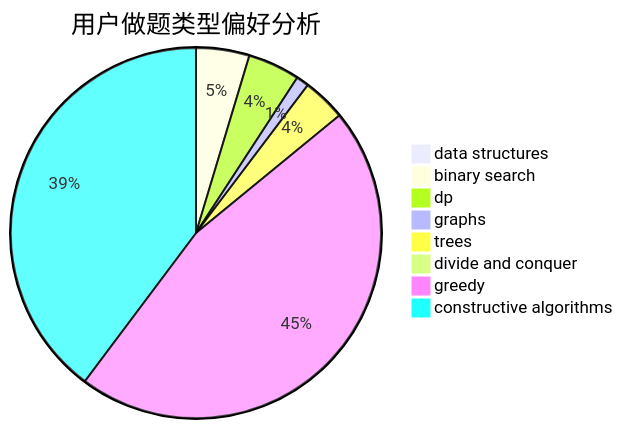
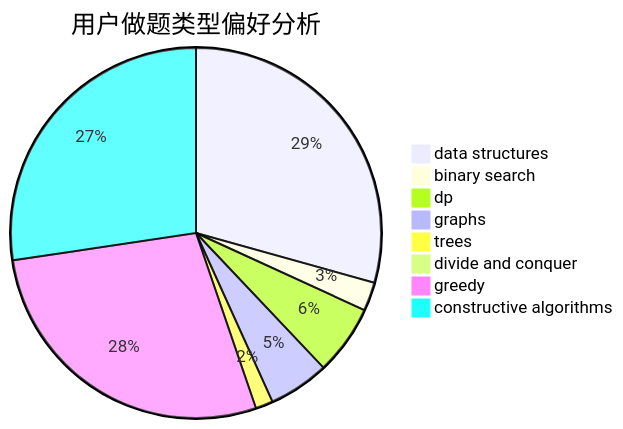
The second of 3 diagrams in docs/user/u2164.md (sherpahu/cfrs.github.io), drawn with Mermaid before and after one commit. The commit also changed other lines of this file and 2770 other files, not shown here.

````diff
--- a/docs/user/u2164.md
+++ b/docs/user/u2164.md
@@ -23,11 +23,11 @@
 ```mermaid
 pie title 用户做题类型偏好分析
-    "data structures" :  9
-    "binary search" :  42
-    "dp" :  41
-    "graphs" :  10
-    "trees" :  34
-    "divide and conquer" :  8
-    "greedy" :  417
-    "constructive algorithms" :  359
+    "data structures" :  327
+    "binary search" :  28
+    "dp" :  68
+    "graphs" :  59
+    "trees" :  17
+    "divide and conquer" :  4
+    "greedy" :  311
+    "constructive algorithms" :  305
 ```
````
